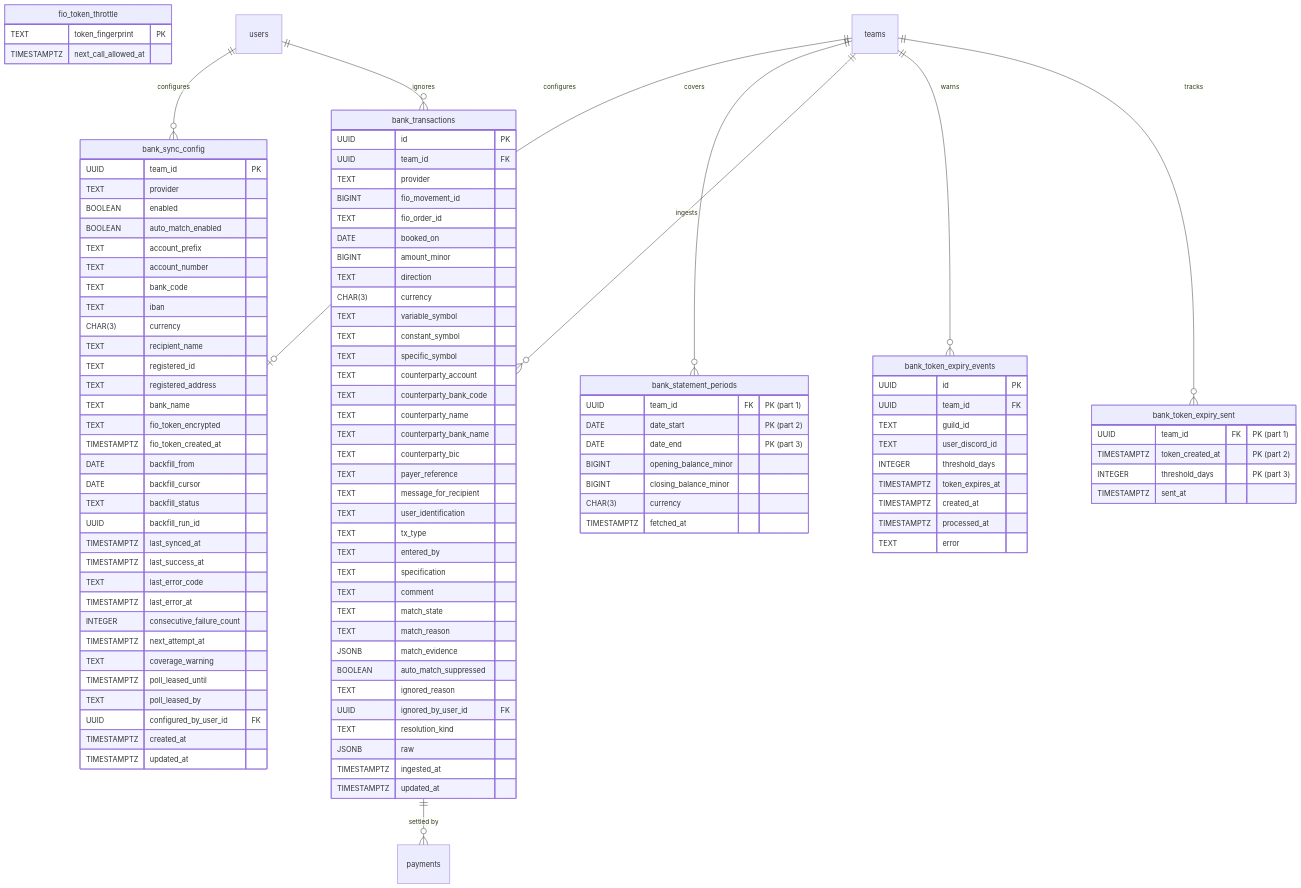
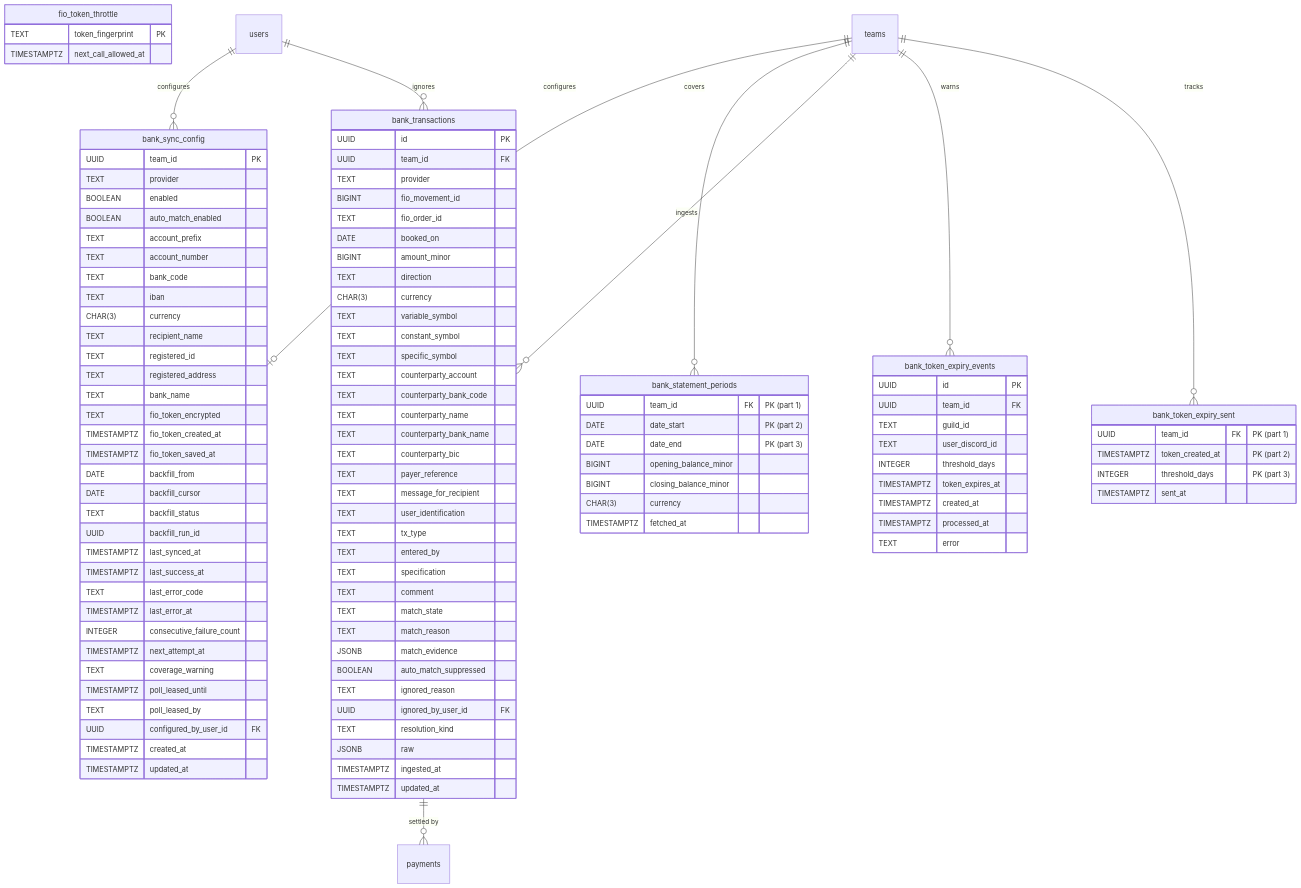
Diagram 16 of 23 in docs/thesis/er-diagram.md (sideline-cz/sideline), drawn with Mermaid before and after one commit. The commit also changed other lines of this file and 6 other files, not shown here.

First line of the commit message:
fix(server): stamp when a Fio token was actually saved (#691)

```diff
--- a/docs/thesis/er-diagram.md
+++ b/docs/thesis/er-diagram.md
@@ -1106,6 +1106,7 @@
         TEXT bank_name
         TEXT fio_token_encrypted
         TIMESTAMPTZ fio_token_created_at
+        TIMESTAMPTZ fio_token_saved_at
         DATE backfill_from
         DATE backfill_cursor
         TEXT backfill_status
```
